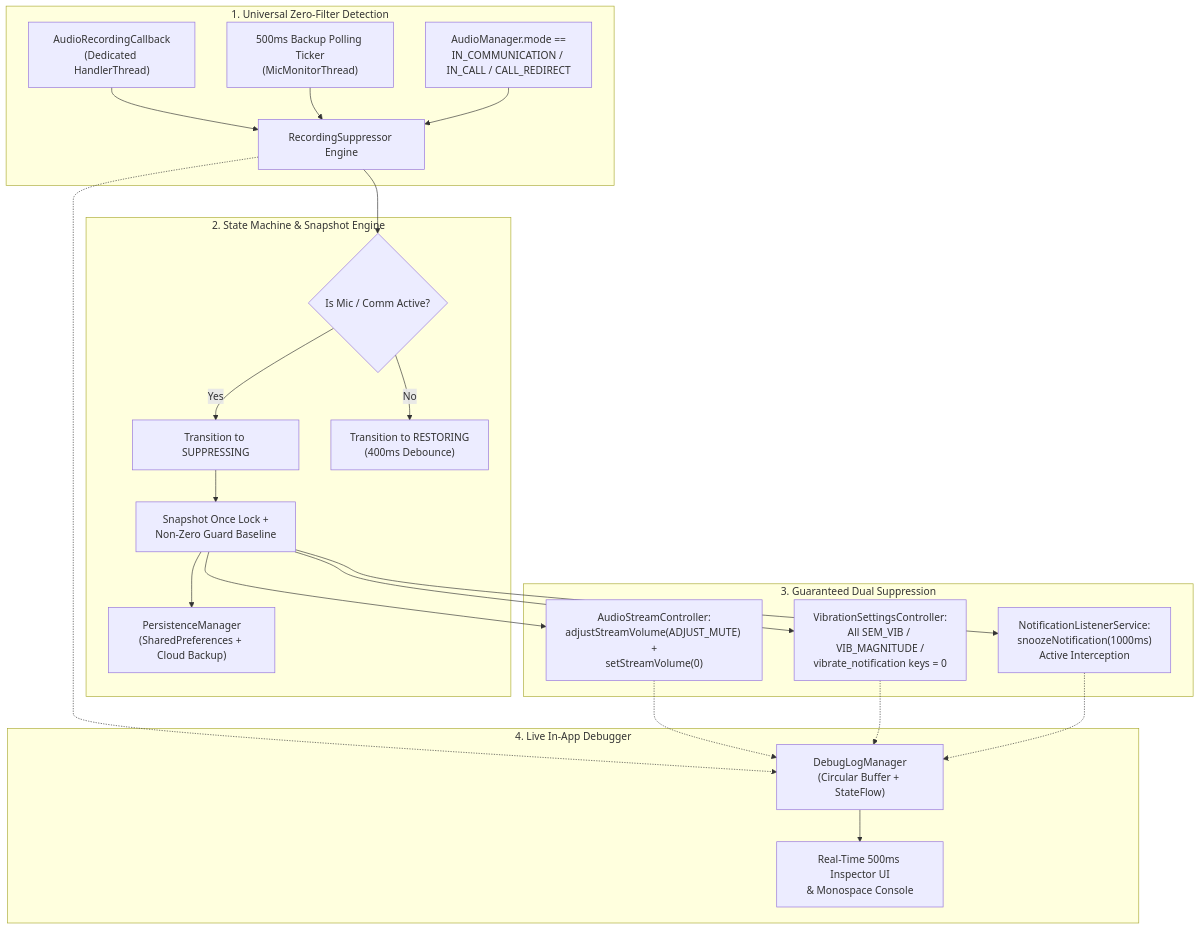
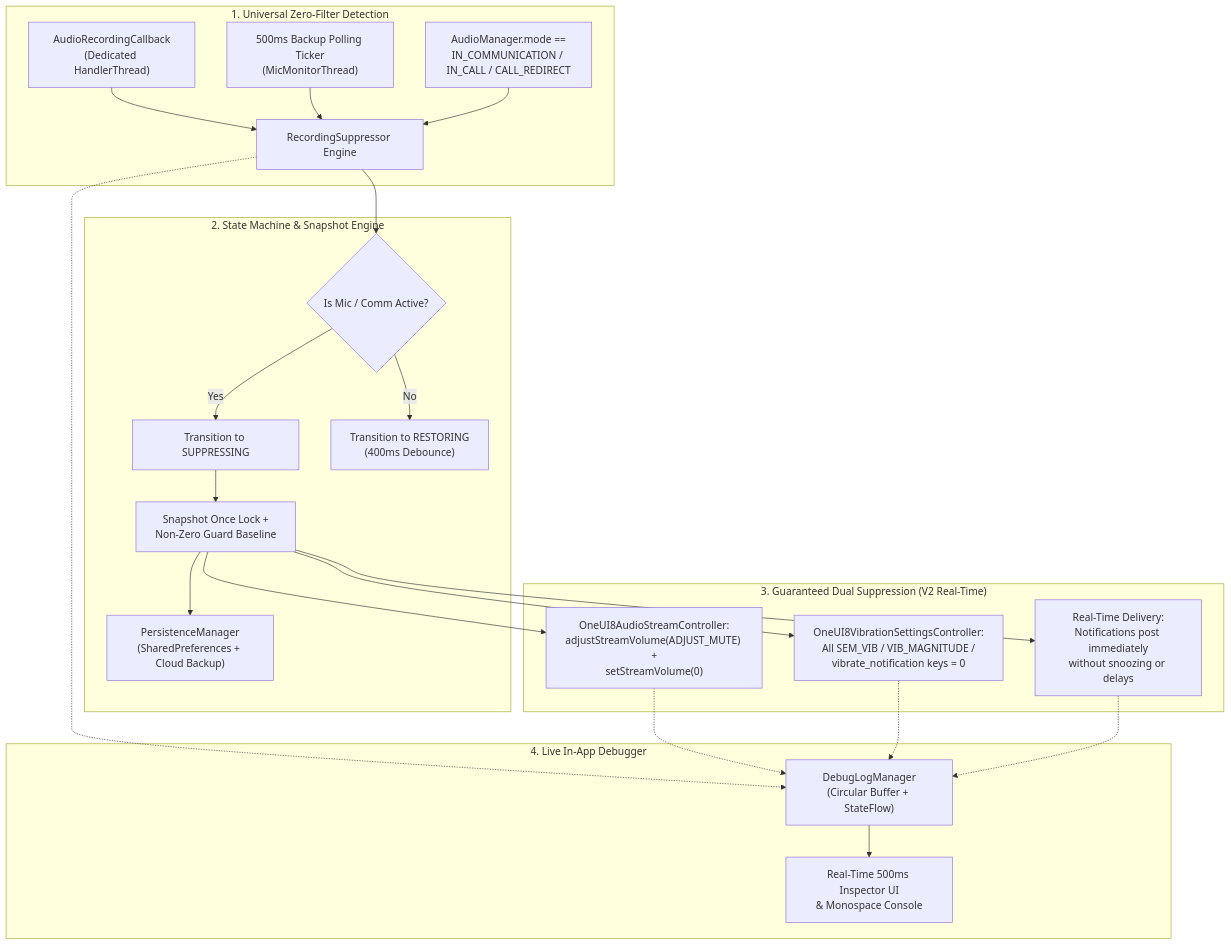
The diagram in README.md (m4wan1/SamsungMicMuteApp), drawn with Mermaid before and after one commit. The commit also changed other lines of this file and 21 other files, not shown here.

````diff
--- a/README.md
+++ b/README.md
@@ -73,31 +77,31 @@
 ```mermaid
 flowchart TD
     subgraph Detection["1. Universal Zero-Filter Detection"]
         ARC["AudioRecordingCallback<br/>(Dedicated HandlerThread)"] --> Aggregator["RecordingSuppressor Engine"]
         Ticker["500ms Backup Polling Ticker<br/>(MicMonitorThread)"] --> Aggregator
         ModeCheck["AudioManager.mode ==<br/>IN_COMMUNICATION / IN_CALL / CALL_REDIRECT"] --> Aggregator
     end
 
     subgraph StateMachine["2. State Machine & Snapshot Engine"]
         Aggregator --> StateCheck{Is Mic / Comm Active?}
         StateCheck -- Yes --> EnterSup["Transition to SUPPRESSING"]
         StateCheck -- No --> ExitSup["Transition to RESTORING<br/>(400ms Debounce)"]
         
         EnterSup --> SnapshotLock["Snapshot Once Lock +<br/>Non-Zero Guard Baseline"]
         SnapshotLock --> Persistence["PersistenceManager<br/>(SharedPreferences + Cloud Backup)"]
     end
 
-    subgraph Muting["3. Guaranteed Dual Suppression"]
-        SnapshotLock --> SoundMute["AudioStreamController:<br/>adjustStreamVolume(ADJUST_MUTE) +<br/>setStreamVolume(0)"]
-        SnapshotLock --> VibMute["VibrationSettingsController:<br/>All SEM_VIB / VIB_MAGNITUDE /<br/>vibrate_notification keys = 0"]
-        SnapshotLock --> NLS["NotificationListenerService:<br/>snoozeNotification(1000ms)<br/>Active Interception"]
+    subgraph Muting["3. Guaranteed Dual Suppression (V2 Real-Time)"]
+        SnapshotLock --> SoundMute["OneUI8AudioStreamController:<br/>adjustStreamVolume(ADJUST_MUTE) +<br/>setStreamVolume(0)"]
+        SnapshotLock --> VibMute["OneUI8VibrationSettingsController:<br/>All SEM_VIB / VIB_MAGNITUDE /<br/>vibrate_notification keys = 0"]
+        SnapshotLock --> NLS["Real-Time Delivery:<br/>Notifications post immediately<br/>without snoozing or delays"]
     end
 
     subgraph Debugger["4. Live In-App Debugger"]
         Aggregator -.-> DbgLog["DebugLogManager<br/>(Circular Buffer + StateFlow)"]
         SoundMute -.-> DbgLog
         VibMute -.-> DbgLog
         NLS -.-> DbgLog
         DbgLog --> Inspector["Real-Time 500ms Inspector UI<br/>& Monospace Console"]
     end
 ```
````
